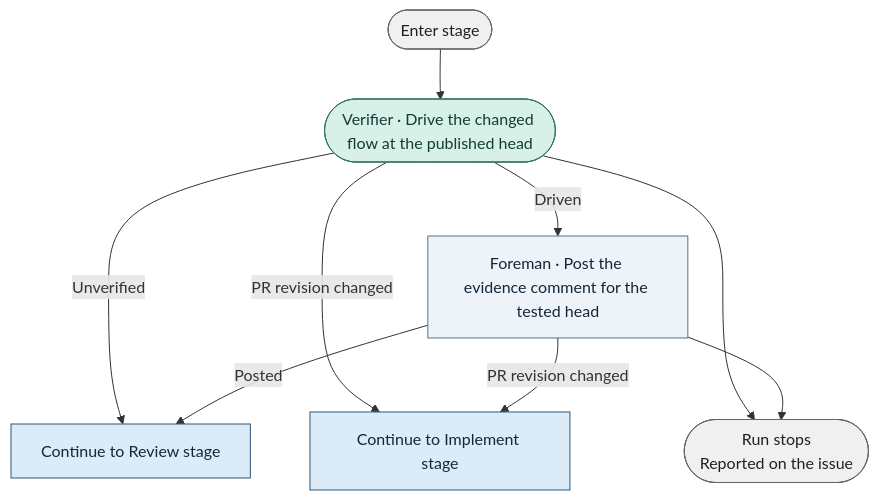
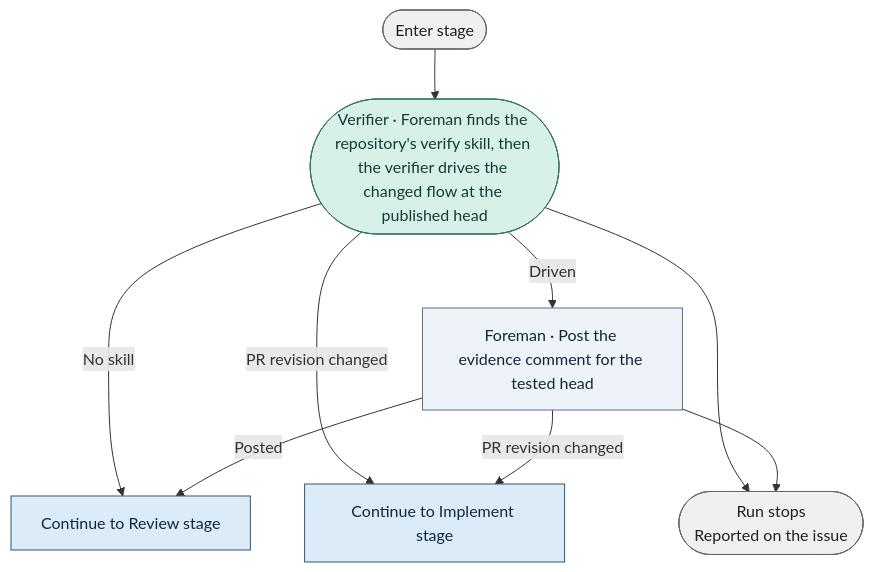
The diagram in docs/graph/blueprint/views/stages/verify.mmd (bookout-labs/tools), drawn with Mermaid before and after one commit. The commit also changed 16 other files, not shown here.

Commit message:
Verify drawing: no_skill outcome, stale evidence posted, Review's model rule, captures in scratch, built stages stay strict

```diff
--- a/docs/graph/blueprint/views/stages/verify.mmd
+++ b/docs/graph/blueprint/views/stages/verify.mmd
@@ -1,20 +1,20 @@
 flowchart TD
     n0(["Enter stage"]):::terminal
-    n1(["Verifier · Drive the changed flow at the published head"]):::worker
+    n1(["Verifier · Foreman finds the repository's verify skill, then the verifier drives the changed flow at the published head"]):::worker
     n2["Foreman · Post the evidence comment for the tested head"]:::step
     n3["Continue to Review stage"]:::stage
     n4["Continue to Implement stage"]:::stage
     n5(["Run stops<br/>Reported on the issue"]):::terminal
     n0 --> n1
-    n1 -->|"Unverified"| n3
+    n1 -->|"No skill"| n3
     n1 -->|"PR revision changed"| n4
     n1 --> n5
     n1 -->|"Driven"| n2
     n2 -->|"PR revision changed"| n4
     n2 --> n5
     n2 -->|"Posted"| n3
     classDef stage fill:#dcebf8,stroke:#315675,color:#10283b
     classDef step fill:#edf3f8,stroke:#597187,color:#132638
     classDef worker fill:#d7f0e8,stroke:#357369,color:#133c36
     classDef gate fill:#fff0c9,stroke:#89641f,color:#3f2b0b
     classDef terminal fill:#f0f0f0,stroke:#666666,color:#202020
```
